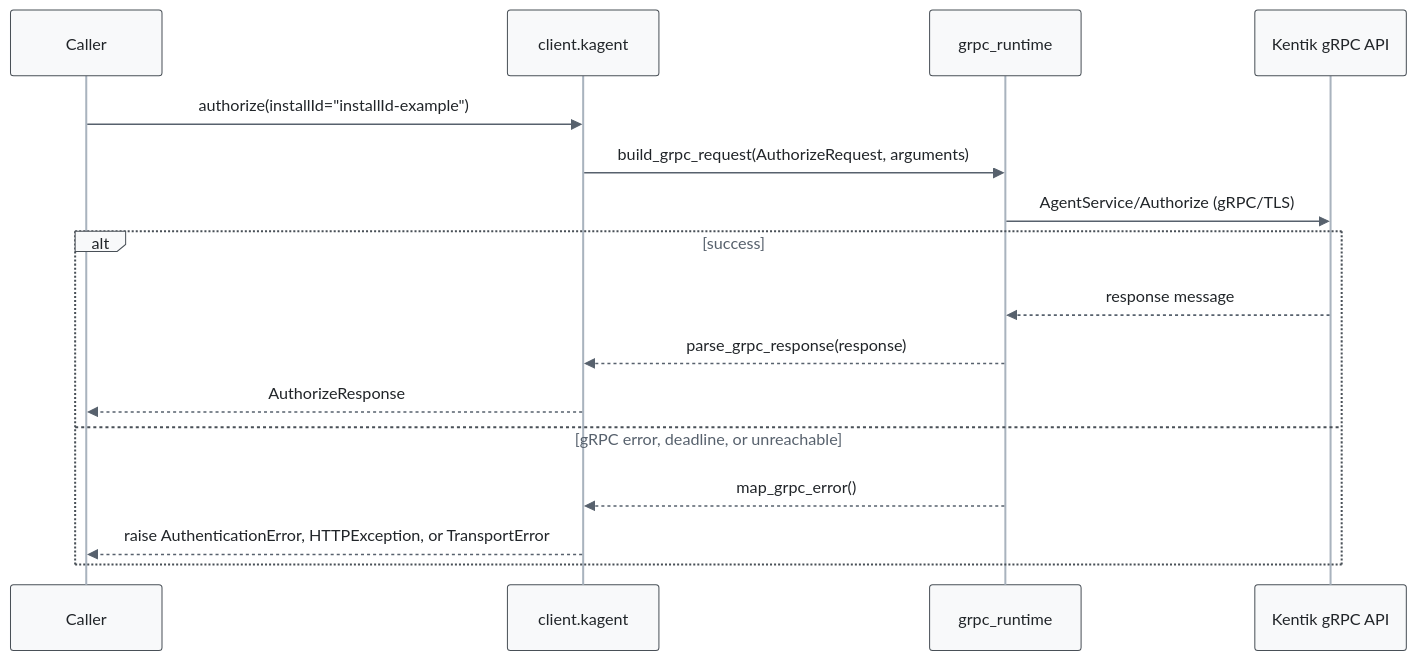
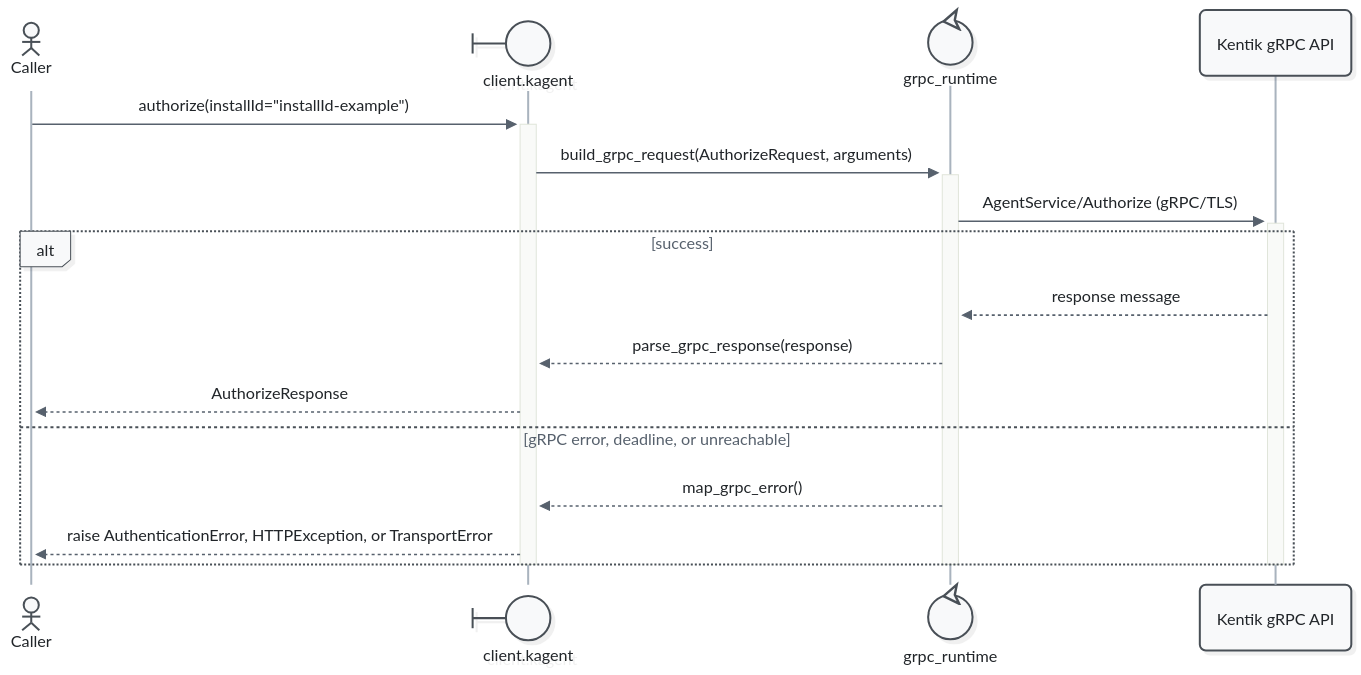
The sixth of 57 diagrams in docs/sphinx/services/kagent.md (alexdearaujo/community_sdk_python), drawn with Mermaid before and after one commit. The commit also changed other lines of this file and 52 other files, not shown here.

First line of the commit message:
docs: Mermaid 12 sequence diagrams with participant types and path colors

````diff
--- a/docs/sphinx/services/kagent.md
+++ b/docs/sphinx/services/kagent.md
@@ -215,20 +227,23 @@
 ```mermaid
-%%{init: {"theme": "base", "fontFamily": "ui-monospace, SFMono-Regular, Menlo, monospace", "themeVariables": {"fontFamily": "ui-monospace, SFMono-Regular, Menlo, monospace", "primaryColor": "#f8f9fa", "primaryBorderColor": "#495057", "primaryTextColor": "#212529", "textColor": "#212529", "lineColor": "#77818c", "edgeLabelBackground": "#ffffff", "actorBkg": "#f8f9fa", "actorBorder": "#495057", "actorTextColor": "#212529", "actorLineColor": "#a9b3be", "signalColor": "#57616d", "signalTextColor": "#212529", "labelBoxBkgColor": "#f8f9fa", "labelBoxBorderColor": "#495057", "labelTextColor": "#212529", "loopTextColor": "#57616d", "noteBkgColor": "#fff9db", "noteBorderColor": "#f08c00", "noteTextColor": "#a35a00"}, "flowchart": {"curve": "step", "nodeSpacing": 30, "rankSpacing": 70, "wrappingWidth": 400}}}%%
+%%{init: {"theme": "redux", "look": "neo", "layout": "dagre", "fontFamily": "ui-monospace, SFMono-Regular, Menlo, monospace", "themeVariables": {"fontFamily": "ui-monospace, SFMono-Regular, Menlo, monospace", "primaryColor": "#f8f9fa", "primaryBorderColor": "#495057", "primaryTextColor": "#212529", "textColor": "#212529", "lineColor": "#77818c", "edgeLabelBackground": "#ffffff", "actorBkg": "#f8f9fa", "actorBorder": "#495057", "actorTextColor": "#212529", "actorLineColor": "#a9b3be", "signalColor": "#57616d", "signalTextColor": "#212529", "labelBoxBkgColor": "#f8f9fa", "labelBoxBorderColor": "#495057", "labelTextColor": "#212529", "loopTextColor": "#57616d", "noteBkgColor": "#fff9db", "noteBorderColor": "#f08c00", "noteTextColor": "#a35a00"}, "sequence": {"activationWidth": 16}, "flowchart": {"curve": "step", "nodeSpacing": 30, "rankSpacing": 70, "wrappingWidth": 400}}}%%
 sequenceDiagram
-    participant C as Caller
-    participant W as client.kagent
-    participant R as grpc_runtime
+    actor C as Caller
+    participant W@{ "type": "boundary" } as client.kagent
+    participant R@{ "type": "control" } as grpc_runtime
     participant API as Kentik gRPC API
 
-    C->>W: authorize(installId="installId-example")
-    W->>R: build_grpc_request(AuthorizeRequest, arguments)
-    R->>API: AgentService/Authorize (gRPC/TLS)
+    C->>+W: authorize(installId="installId-example")
+    W->>+R: build_grpc_request(AuthorizeRequest, arguments)
+    R->>+API: AgentService/Authorize (gRPC/TLS)
     alt success
         API-->>R: response message
         R-->>W: parse_grpc_response(response)
         W-->>C: AuthorizeResponse
     else gRPC error, deadline, or unreachable
         R-->>W: map_grpc_error()
         W-->>C: raise AuthenticationError, HTTPException, or TransportError
     end
+    deactivate API
+    deactivate R
+    deactivate W
 ```
````
